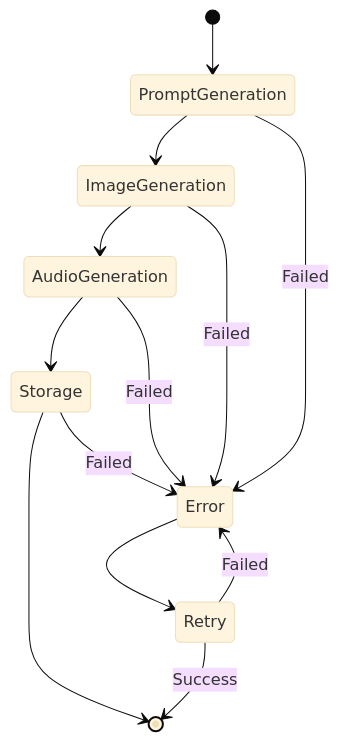
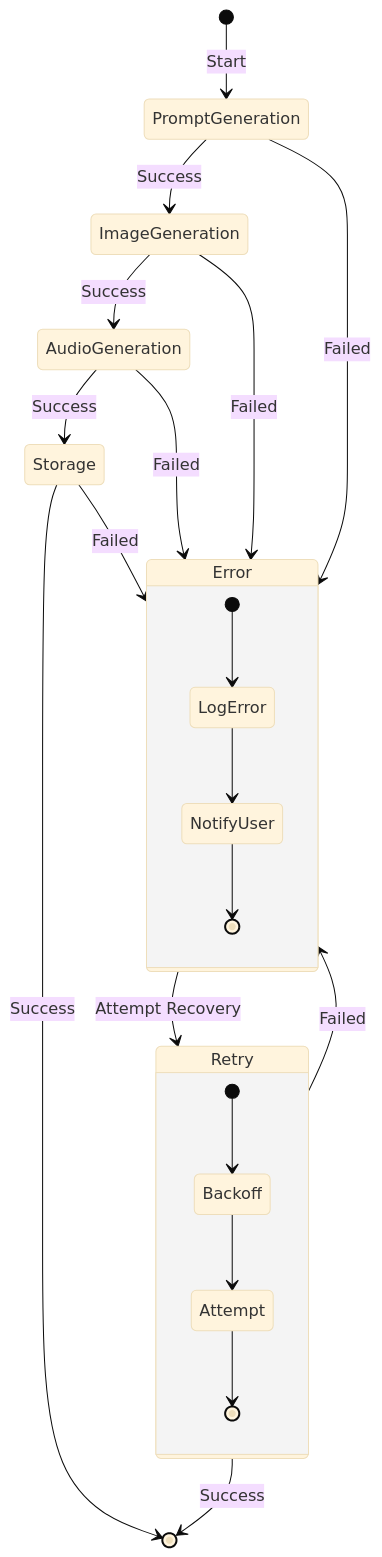
One commit to moisestech/ai24-news changed the fifth of 15 diagrams in docs/media-generation.md. Above: the diagram before and after it, drawn with Mermaid (base theme). The commit also changed other lines of this file and 8 other files, not shown here.

````diff
--- a/docs/media-generation.md
+++ b/docs/media-generation.md
@@ -120,17 +322,29 @@
 ```mermaid
 stateDiagram-v2
-    [*] --> PromptGeneration
-    PromptGeneration --> ImageGeneration
-    ImageGeneration --> AudioGeneration
-    AudioGeneration --> Storage
-    Storage --> [*]
+    [*] --> PromptGeneration: Start
+    PromptGeneration --> ImageGeneration: Success
+    ImageGeneration --> AudioGeneration: Success
+    AudioGeneration --> Storage: Success
+    Storage --> [*]: Success
     
     PromptGeneration --> Error: Failed
     ImageGeneration --> Error: Failed
     AudioGeneration --> Error: Failed
     Storage --> Error: Failed
     
-    Error --> Retry
+    Error --> Retry: Attempt Recovery
     Retry --> [*]: Success
     Retry --> Error: Failed
+
+    state Error {
+        [*] --> LogError
+        LogError --> NotifyUser
+        NotifyUser --> [*]
+    }
+
+    state Retry {
+        [*] --> Backoff
+        Backoff --> Attempt
+        Attempt --> [*]
+    }
 ```
````
